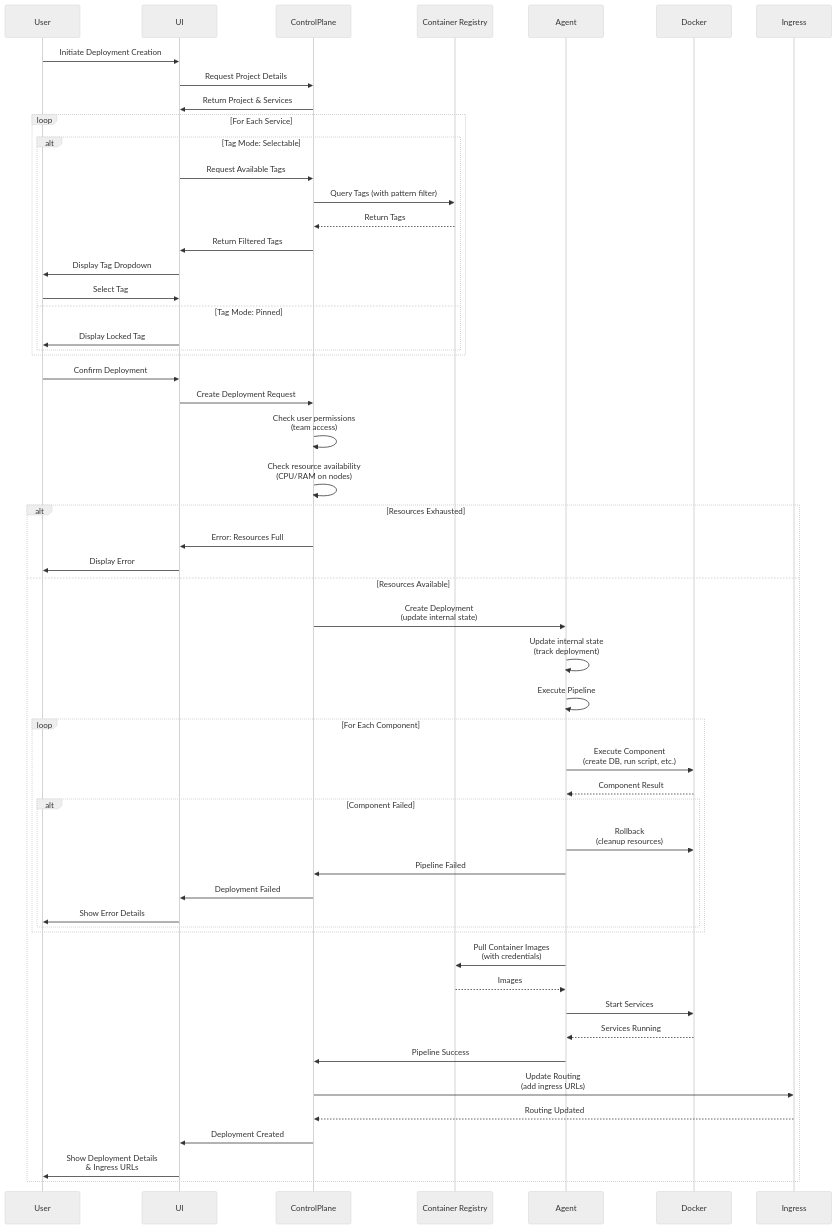
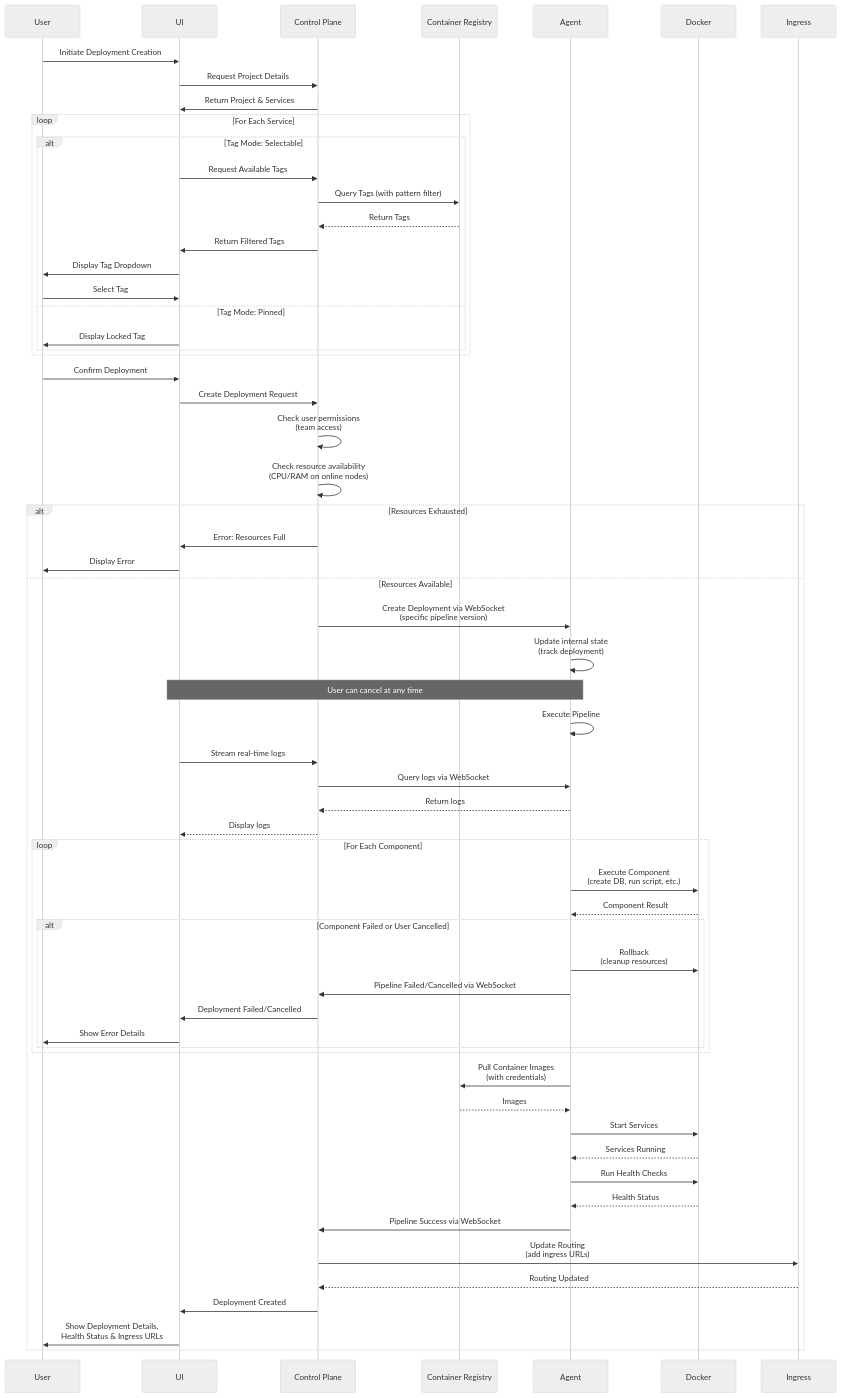
Before and after one commit to NullOpsDevs/NullOps: the second of 2 diagrams in NullOps/Docs/Design/ARCHITECTURE.md, drawn with Mermaid (neutral theme). The commit also changed other lines of this file, not shown here.

Commit message:
Update architecture documentation: clarify WebSocket-based communication between control plane and agents, refine deployment flows, and add sections on security, resource monitoring, and node management.

````diff
--- a/NullOps/Docs/Design/ARCHITECTURE.md
+++ b/NullOps/Docs/Design/ARCHITECTURE.md
@@ -134,69 +135,79 @@
 ```mermaid
 sequenceDiagram
     participant User
     participant UI
-    participant ControlPlane
+    participant CP as Control Plane
     participant Registry as Container Registry
     participant Agent
     participant Docker
     participant Ingress
 
     User->>UI: Initiate Deployment Creation
-    UI->>ControlPlane: Request Project Details
-    ControlPlane->>UI: Return Project & Services
+    UI->>CP: Request Project Details
+    CP->>UI: Return Project & Services
     
     loop For Each Service
         alt Tag Mode: Selectable
-            UI->>ControlPlane: Request Available Tags
-            ControlPlane->>Registry: Query Tags (with pattern filter)
-            Registry-->>ControlPlane: Return Tags
-            ControlPlane->>UI: Return Filtered Tags
+            UI->>CP: Request Available Tags
+            CP->>Registry: Query Tags (with pattern filter)
+            Registry-->>CP: Return Tags
+            CP->>UI: Return Filtered Tags
             UI->>User: Display Tag Dropdown
             User->>UI: Select Tag
         else Tag Mode: Pinned
             UI->>User: Display Locked Tag
         end
     end
     
     User->>UI: Confirm Deployment
-    UI->>ControlPlane: Create Deployment Request
+    UI->>CP: Create Deployment Request
     
-    ControlPlane->>ControlPlane: Check user permissions<br/>(team access)
+    CP->>CP: Check user permissions<br/>(team access)
     
-    ControlPlane->>ControlPlane: Check resource availability<br/>(CPU/RAM on nodes)
+    CP->>CP: Check resource availability<br/>(CPU/RAM on online nodes)
     
     alt Resources Exhausted
-        ControlPlane->>UI: Error: Resources Full
+        CP->>UI: Error: Resources Full
         UI->>User: Display Error
     else Resources Available
-        ControlPlane->>Agent: Create Deployment<br/>(update internal state)
+        CP->>Agent: Create Deployment via WebSocket<br/>(specific pipeline version)
         Agent->>Agent: Update internal state<br/>(track deployment)
         
+        Note over UI,Agent: User can cancel at any time
+        
         Agent->>Agent: Execute Pipeline
+        
+        UI->>CP: Stream real-time logs
+        CP->>Agent: Query logs via WebSocket
+        Agent-->>CP: Return logs
+        CP-->>UI: Display logs
         
         loop For Each Component
             Agent->>Docker: Execute Component<br/>(create DB, run script, etc.)
             Docker-->>Agent: Component Result
             
-            alt Component Failed
+            alt Component Failed or User Cancelled
                 Agent->>Docker: Rollback<br/>(cleanup resources)
-                Agent->>ControlPlane: Pipeline Failed
-                ControlPlane->>UI: Deployment Failed
+                Agent->>CP: Pipeline Failed/Cancelled via WebSocket
+                CP->>UI: Deployment Failed/Cancelled
                 UI->>User: Show Error Details
             end
         end
         
         Agent->>Registry: Pull Container Images<br/>(with credentials)
         Registry-->>Agent: Images
         
         Agent->>Docker: Start Services
         Docker-->>Agent: Services Running
         
-        Agent->>ControlPlane: Pipeline Success
-        ControlPlane->>Ingress: Update Routing<br/>(add ingress URLs)
-        Ingress-->>ControlPlane: Routing Updated
+        Agent->>Docker: Run Health Checks
+        Docker-->>Agent: Health Status
         
-        ControlPlane->>UI: Deployment Created
-        UI->>User: Show Deployment Details<br/>& Ingress URLs
+        Agent->>CP: Pipeline Success via WebSocket
+        CP->>Ingress: Update Routing<br/>(add ingress URLs)
+        Ingress-->>CP: Routing Updated
+        
+        CP->>UI: Deployment Created
+        UI->>User: Show Deployment Details,<br/>Health Status & Ingress URLs
     end
 ```
````
